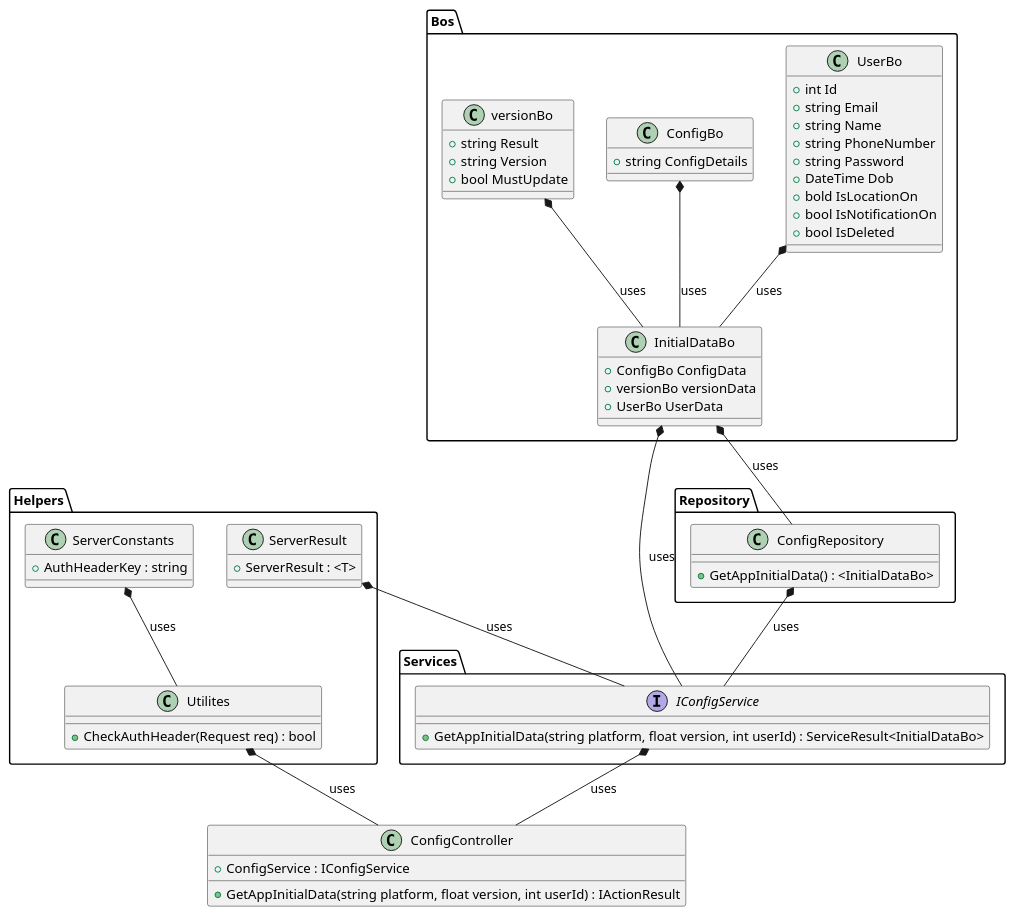
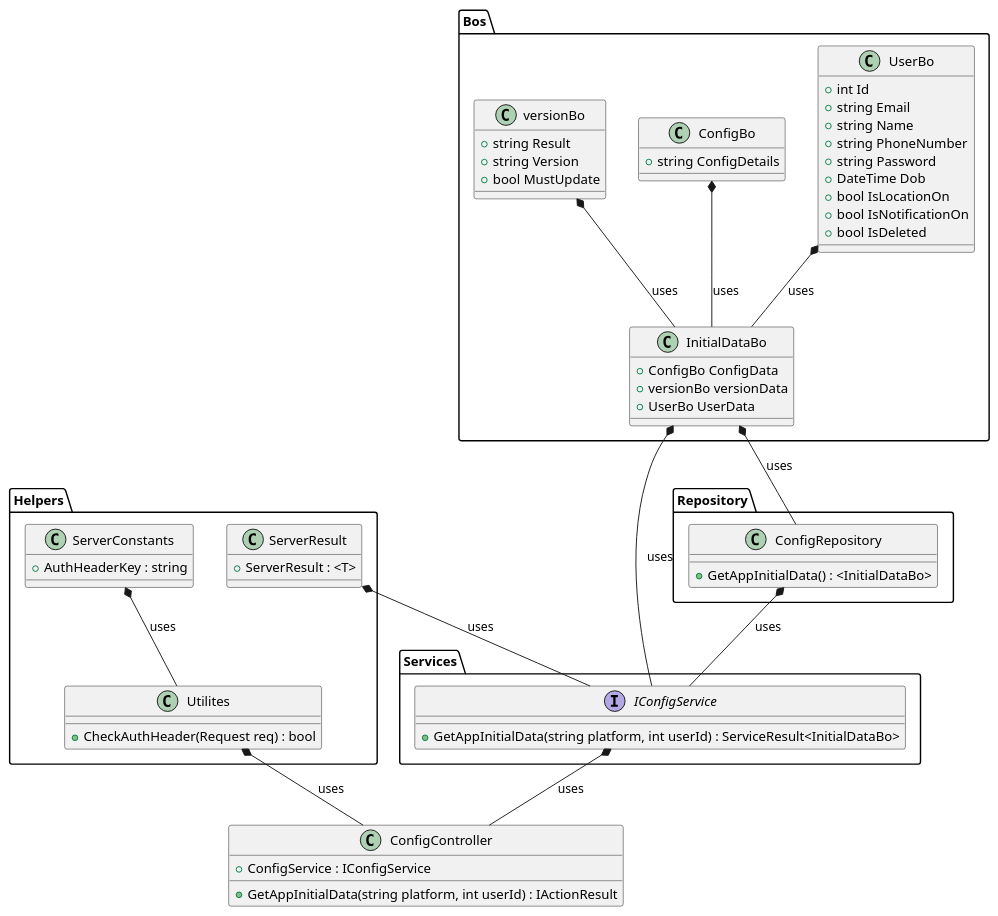
Before and after one commit to nainamuhammed/foodie-service: the diagram in Restaurant_Web_Api/Controllers/Config/Design/ClassDiagram.puml, drawn with PlantUML. The commit also changed 14 other files, not shown here.

```diff
--- a/Restaurant_Web_Api/Controllers/Config/Design/ClassDiagram.puml
+++ b/Restaurant_Web_Api/Controllers/Config/Design/ClassDiagram.puml
@@ -1,81 +1,78 @@
 @startuml
 class ConfigController {
     + ConfigService : IConfigService
-    + GetAppInitialData(string platform, float version, int userId) : IActionResult
+    + GetAppInitialData(string platform, int userId) : IActionResult
     
 } 
 
 package Helpers {
     Class Utilites {
         + CheckAuthHeader(Request req) : bool
     }
 
     Class ServerConstants {
         + AuthHeaderKey : string
     }
 
     Class ServerResult {
         + ServerResult : <T>
     }
 }
 
 package "Services" {
     interface IConfigService {
-        + GetAppInitialData(string platform, float version, int userId) : ServiceResult<InitialDataBo>
+        + GetAppInitialData(string platform, int userId) : ServiceResult<InitialDataBo>
     }
 }
 
 package "Repository" {
     class ConfigRepository {
         + GetAppInitialData() : <InitialDataBo>
         
     }
 }
 
 package Bos{
         class UserBo {
         + int Id
         + string Email
         + string Name
         + string PhoneNumber
         + string Password
         + DateTime Dob
-        + bold IsLocationOn
+        + bool IsLocationOn
         + bool IsNotificationOn
         + bool IsDeleted
     }
 
     class ConfigBo{
         + string ConfigDetails
     }
 
     class versionBo{
         + string Result
         + string Version
         + bool MustUpdate
     }
 
     class InitialDataBo{
         + ConfigBo ConfigData
         + versionBo versionData
         + UserBo UserData
     }
 }
 
 ConfigBo *-- InitialDataBo : uses
 versionBo *-- InitialDataBo : uses
 UserBo *-- InitialDataBo : uses
 
 Utilites *-- ConfigController : uses
 ServerConstants *-- Utilites : uses
 ServerResult *-- IConfigService : uses
 IConfigService *-- ConfigController : uses
 ConfigRepository *-- IConfigService : uses
 
 InitialDataBo *-- ConfigRepository : uses
 InitialDataBo *-- IConfigService : uses
 
-
-
-
 @enduml
```
